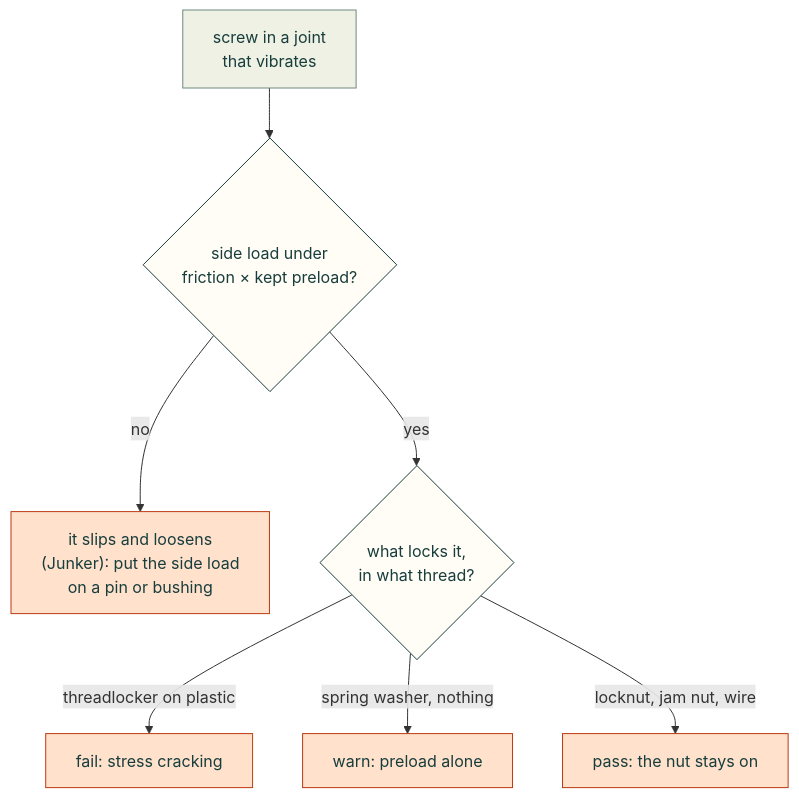
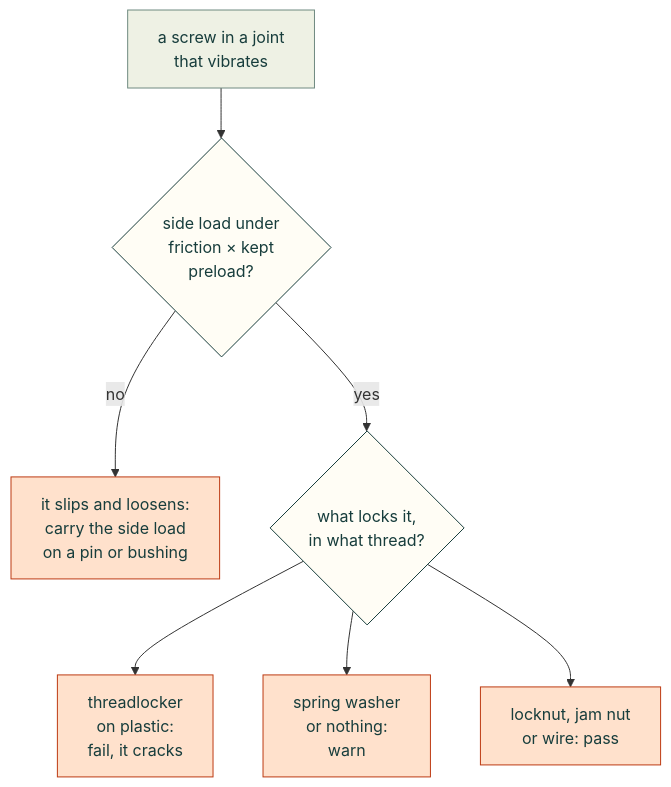
One commit to Valpatel/cad-agent changed the diagram in docs/printed-joints.md. Above: the diagram before and after it, drawn with Mermaid. The commit also changed other lines of this file, not shown here.

Commit message:
Printed joints page: narrower loosening diagram, coupon figure by its text, limits folded (#97)

````diff
--- a/docs/printed-joints.md
+++ b/docs/printed-joints.md
@@ -76,15 +76,15 @@
 ```mermaid
 flowchart TD
-    J["screw in a joint<br/>that vibrates"] --> S{"side load under<br/>friction × kept preload?"}
-    S -->|"no"| SL["it slips and loosens<br/>(Junker): put the side load<br/>on a pin or bushing"]
+    J["a screw in a joint<br/>that vibrates"] --> S{"side load under<br/>friction × kept<br/>preload?"}
+    S -->|"no"| SL["it slips and loosens:<br/>carry the side load<br/>on a pin or bushing"]
     S -->|"yes"| L{"what locks it,<br/>in what thread?"}
-    L -->|"threadlocker on plastic"| F["fail: stress cracking"]
-    L -->|"spring washer, nothing"| W["warn: preload alone"]
-    L -->|"locknut, jam nut, wire"| P["pass: the nut stays on"]
+    L --> F["threadlocker<br/>on plastic:<br/>fail, it cracks"]
+    L --> W["spring washer<br/>or nothing:<br/>warn"]
+    L --> P["locknut, jam nut<br/>or wire: pass"]
     classDef here fill:#fffdf5,stroke:#173d3c,color:#173d3c
     classDef near fill:#eef1e4,stroke:#6f8a80,color:#173d3c
     classDef out fill:#ffe1cc,stroke:#bd3a12,color:#173d3c
     class S,L here
     class J near
     class SL,F,W,P out
 ```
````
